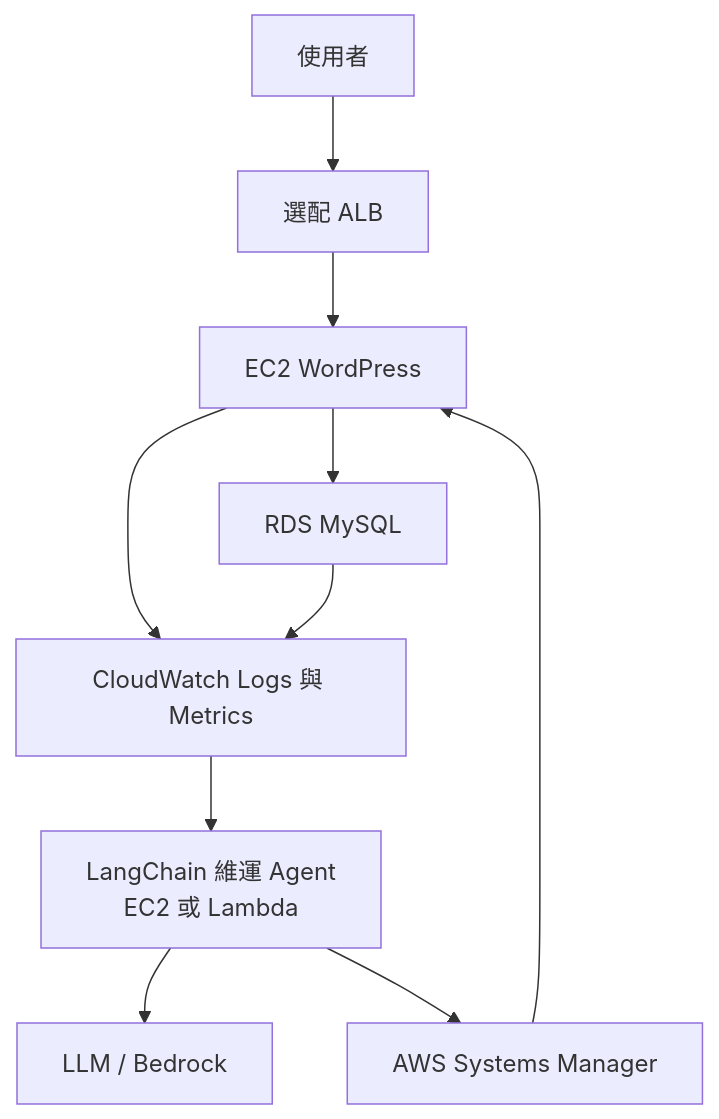
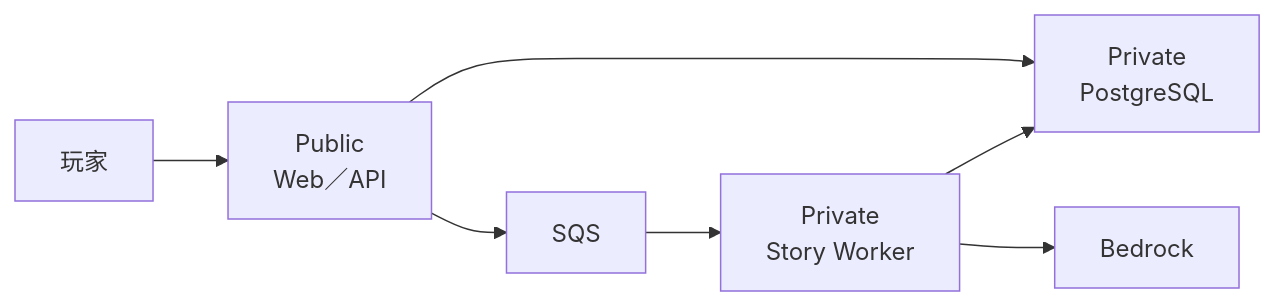
The second of 3 diagrams in docs/project-plan.md (ChaoMing0815/AWS-cloud-lab), drawn with Mermaid before and after one commit. The commit also changed other lines of this file and 11 other files, not shown here.

Commit message:
docs(plan): align roadmap across tiers 0 through 5

````diff
--- a/docs/project-plan.md
+++ b/docs/project-plan.md
@@ -43,12 +54,9 @@
 ```mermaid
-flowchart TD
-    User["使用者"] --> ALB["選配 ALB"]
-    ALB --> Web["EC2 WordPress"]
-    Web --> RDS["RDS MySQL"]
-    Web --> CW["CloudWatch Logs 與 Metrics"]
-    RDS --> CW
-    CW --> Agent["LangChain 維運 Agent<br/>EC2 或 Lambda"]
-    Agent --> Bedrock["LLM / Bedrock"]
-    Agent --> SSM["AWS Systems Manager"]
-    SSM --> Web
+flowchart LR
+    User["玩家"] --> API["Public<br/>Web／API"]
+    API --> Q["SQS"]
+    Q --> Worker["Private<br/>Story Worker"]
+    API --> DB["Private<br/>PostgreSQL"]
+    Worker --> DB
+    Worker --> Bedrock["Bedrock"]
 ```
````
